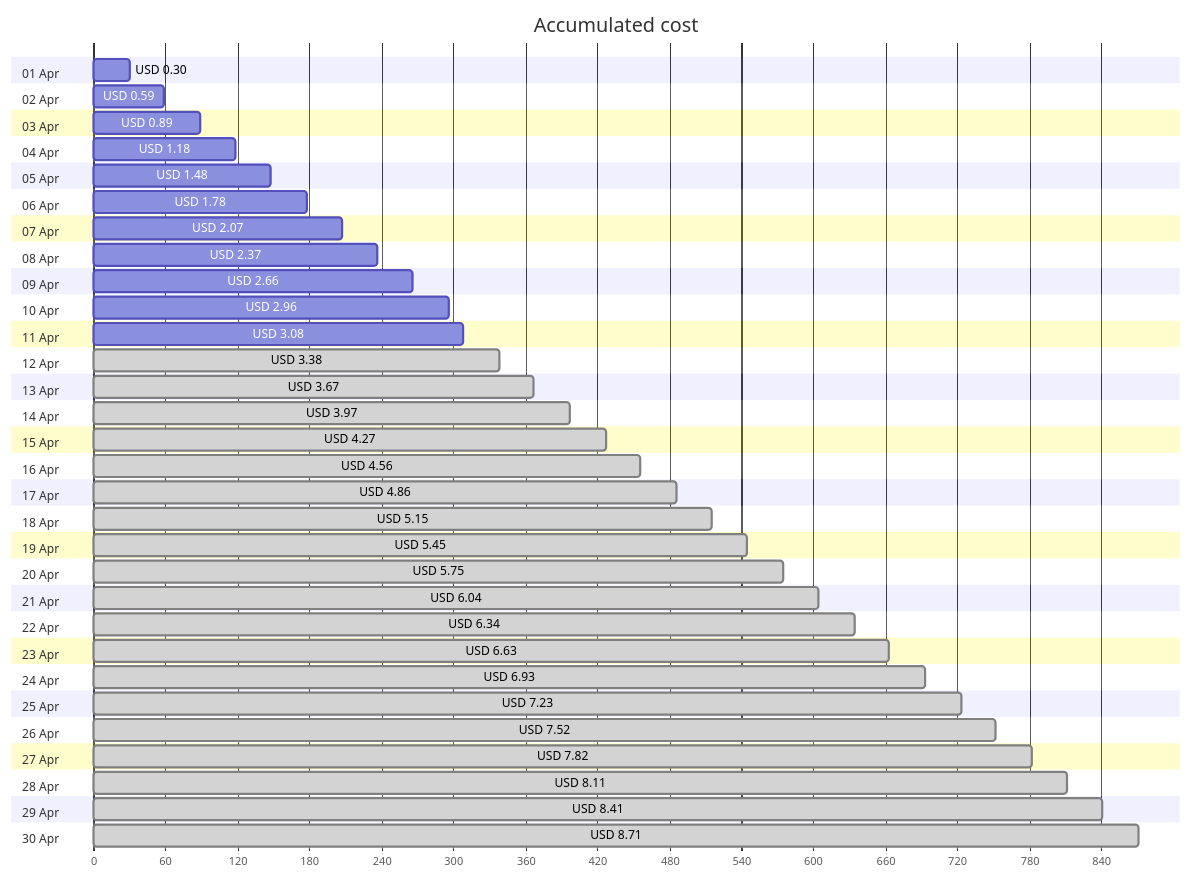
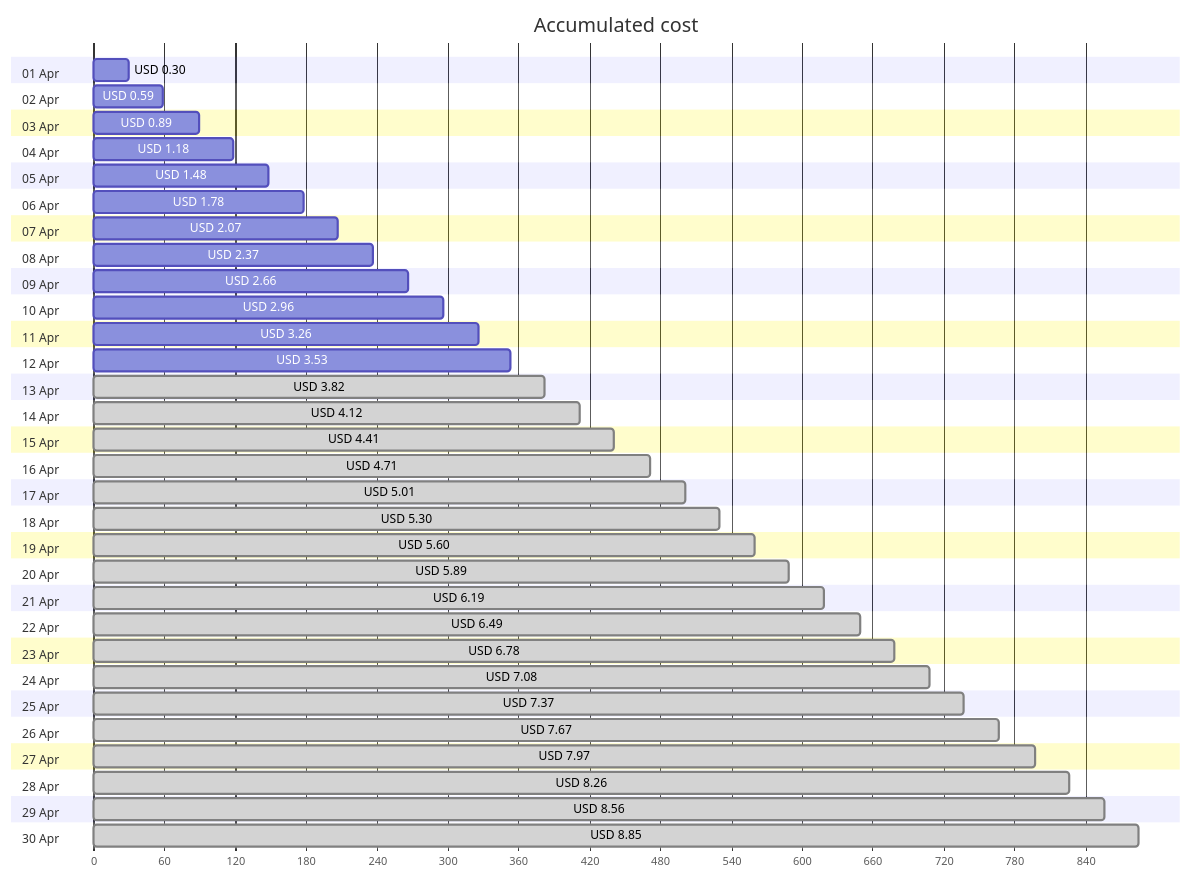
One commit to jpfulton/azure-personal-reports changed the first of 4 diagrams in cost-reports/personal-site/personal-site.md. Above: the diagram before and after it, drawn with Mermaid. The commit also changed other lines of this file and 6 other files, not shown here.

````diff
--- a/cost-reports/personal-site/personal-site.md
+++ b/cost-reports/personal-site/personal-site.md
@@ -20,66 +20,66 @@
 ```mermaid
 gantt
    title Accumulated cost
    dateFormat  X
    axisFormat %s
    section 01 Apr
    USD 0.30 :0, 30
    section 02 Apr
    USD 0.59 :0, 59
    section 03 Apr
    USD 0.89 :0, 89
    section 04 Apr
    USD 1.18 :0, 118
    section 05 Apr
    USD 1.48 :0, 148
    section 06 Apr
    USD 1.78 :0, 178
    section 07 Apr
    USD 2.07 :0, 207
    section 08 Apr
    USD 2.37 :0, 237
    section 09 Apr
    USD 2.66 :0, 266
    section 10 Apr
    USD 2.96 :0, 296
    section 11 Apr
-   USD 3.08 :0, 308
+   USD 3.26 :0, 326
    section 12 Apr
-   USD 3.38 : done, 0, 338
+   USD 3.53 :0, 353
    section 13 Apr
-   USD 3.67 : done, 0, 367
+   USD 3.82 : done, 0, 382
    section 14 Apr
-   USD 3.97 : done, 0, 397
+   USD 4.12 : done, 0, 412
    section 15 Apr
-   USD 4.27 : done, 0, 427
+   USD 4.41 : done, 0, 441
    section 16 Apr
-   USD 4.56 : done, 0, 456
+   USD 4.71 : done, 0, 471
    section 17 Apr
-   USD 4.86 : done, 0, 486
+   USD 5.01 : done, 0, 501
    section 18 Apr
-   USD 5.15 : done, 0, 515
+   USD 5.30 : done, 0, 530
    section 19 Apr
-   USD 5.45 : done, 0, 545
+   USD 5.60 : done, 0, 560
    section 20 Apr
-   USD 5.75 : done, 0, 575
+   USD 5.89 : done, 0, 589
    section 21 Apr
-   USD 6.04 : done, 0, 604
+   USD 6.19 : done, 0, 619
    section 22 Apr
-   USD 6.34 : done, 0, 634
+   USD 6.49 : done, 0, 649
    section 23 Apr
-   USD 6.63 : done, 0, 663
+   USD 6.78 : done, 0, 678
    section 24 Apr
-   USD 6.93 : done, 0, 693
+   USD 7.08 : done, 0, 708
    section 25 Apr
-   USD 7.23 : done, 0, 723
+   USD 7.37 : done, 0, 737
    section 26 Apr
-   USD 7.52 : done, 0, 752
+   USD 7.67 : done, 0, 767
    section 27 Apr
-   USD 7.82 : done, 0, 782
+   USD 7.97 : done, 0, 797
    section 28 Apr
-   USD 8.11 : done, 0, 811
+   USD 8.26 : done, 0, 826
    section 29 Apr
-   USD 8.41 : done, 0, 841
+   USD 8.56 : done, 0, 856
    section 30 Apr
-   USD 8.71 : done, 0, 871
+   USD 8.85 : done, 0, 885
 ```
````
